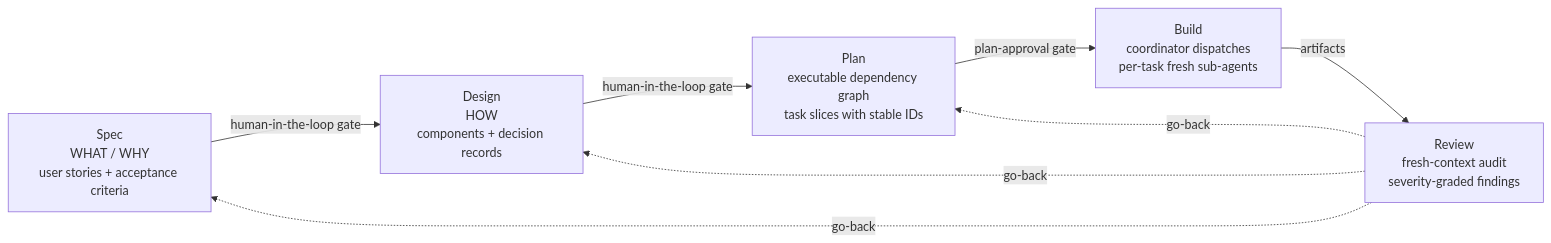
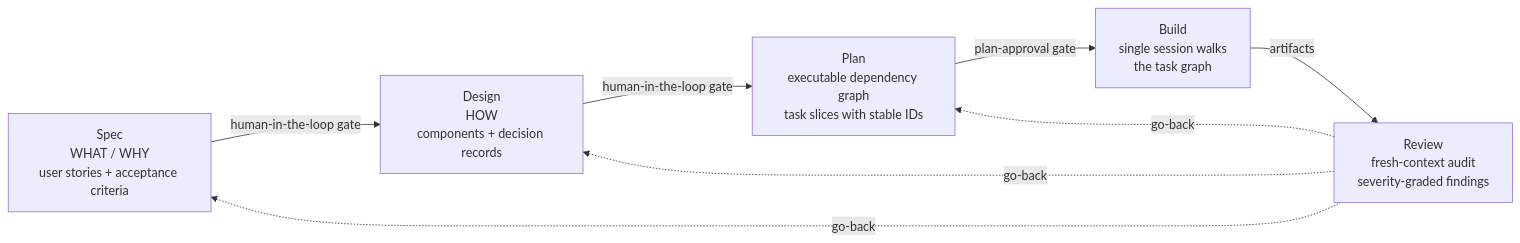
The first of 18 diagrams in orchestrator/weave/lifecycle-concepts-toc.md (Zuhlek/loom), drawn with Mermaid before and after one commit. The commit also changed other lines of this file and 379 other files, not shown here.

````diff
--- a/orchestrator/weave/lifecycle-concepts-toc.md
+++ b/orchestrator/weave/lifecycle-concepts-toc.md
@@ -28,15 +28,15 @@
 ```mermaid
 flowchart LR
   L1[Spec<br/>WHAT / WHY<br/>user stories + acceptance criteria]
   L2[Design<br/>HOW<br/>components + decision records]
   L3[Plan<br/>executable dependency graph<br/>task slices with stable IDs]
-  L4[Build<br/>coordinator dispatches<br/>per-task fresh sub-agents]
+  L4[Build<br/>single session walks<br/>the task graph]
   L5[Review<br/>fresh-context audit<br/>severity-graded findings]
   L1 -- human-in-the-loop gate --> L2
   L2 -- human-in-the-loop gate --> L3
   L3 -- plan-approval gate --> L4
   L4 -- artifacts --> L5
   L5 -. go-back .-> L1
   L5 -. go-back .-> L2
   L5 -. go-back .-> L3
 ```
````
